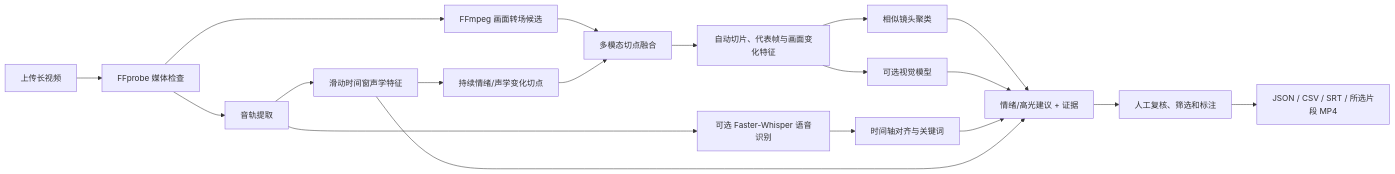
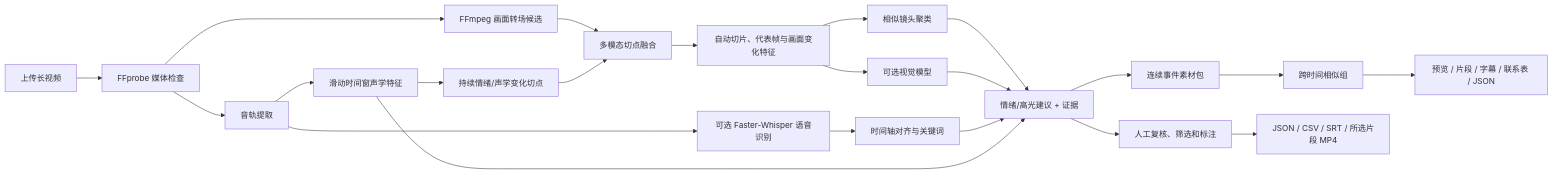
The diagram in docs/analysis-workflow.md (xianzaren/storyforge-agent), drawn with Mermaid before and after one commit. The commit also changed other lines of this file and 9 other files, not shown here.

````diff
--- a/docs/analysis-workflow.md
+++ b/docs/analysis-workflow.md
@@ -7,21 +7,24 @@
 ```mermaid
 flowchart LR
     V[上传长视频] --> P[FFprobe 媒体检查]
     P --> S[FFmpeg 画面转场候选]
     P --> A[音轨提取]
     A --> W[可选 Faster-Whisper 语音识别]
     A --> E[滑动时间窗声学特征]
     S --> BF[多模态切点融合]
     BF --> F[自动切片、代表帧与画面变化特征]
     F --> C[相似镜头聚类]
     F --> VM[可选视觉模型]
     W --> N[时间轴对齐与关键词]
     C --> H[情绪/高光建议 + 证据]
     VM --> H
     N --> H
     E --> AB[持续情绪/声学变化切点]
     AB --> BF
     E --> H
     H --> R[人工复核、筛选和标注]
+    H --> PK[连续事件素材包]
+    PK --> SG[跨时间相似组]
+    SG --> PA[预览 / 片段 / 字幕 / 联系表 / JSON]
     R --> O[JSON / CSV / SRT / 所选片段 MP4]
 ```
````
